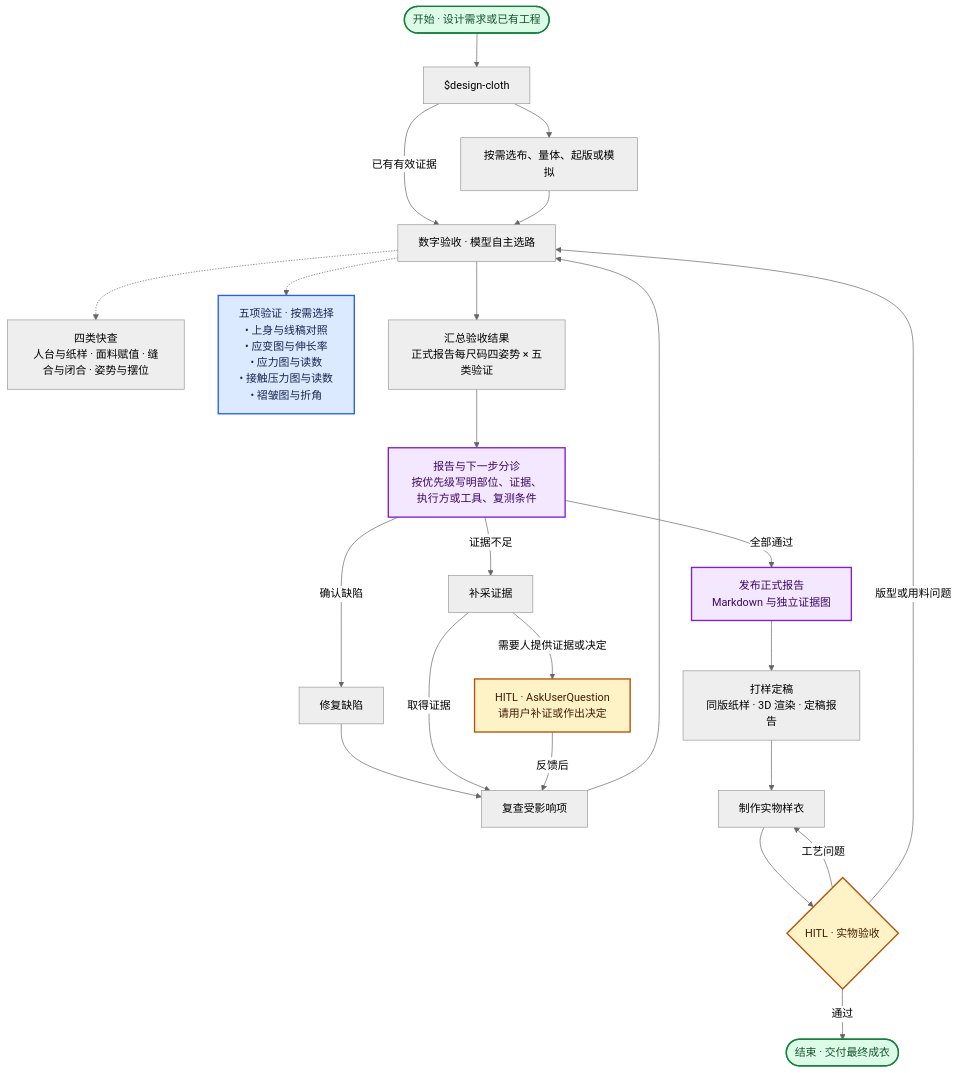
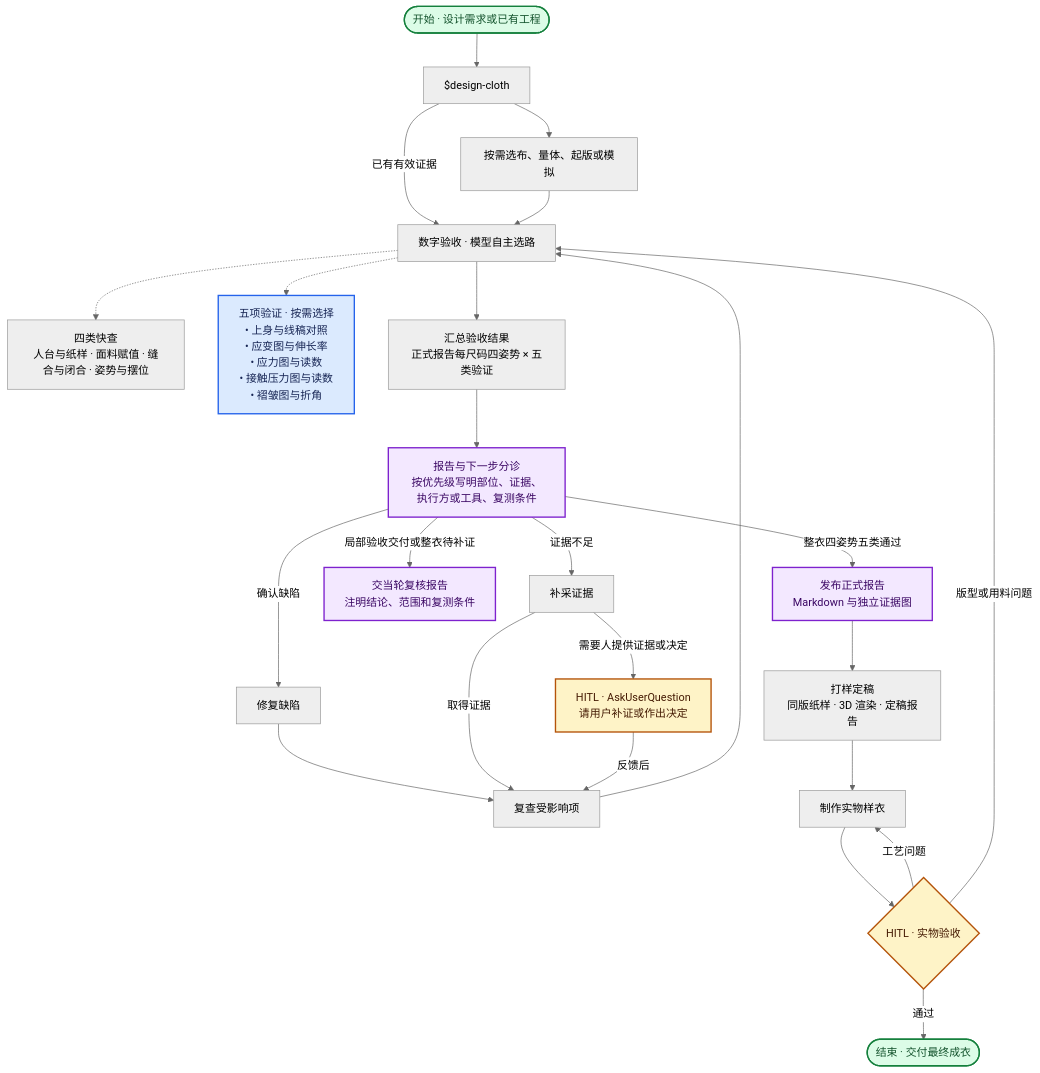
Before and after one commit to liush2yuxjtu/pattern-agent: the diagram in .agents/skills/design-cloth/SKILL.md, drawn with Mermaid (neutral theme). The commit also changed other lines of this file and 3 other files, not shown here.

Commit message:
Sync Design Cloth report checks and publish functional eval

````diff
--- a/.agents/skills/design-cloth/SKILL.md
+++ b/.agents/skills/design-cloth/SKILL.md
@@ -12,34 +12,35 @@
 ```mermaid
 flowchart TD
     Idea(["开始 · 设计需求或已有工程"]) --> Skill["$design-cloth"]
     Skill --> Prepare["按需选布、量体、起版或模拟"]
     Skill -->|已有有效证据| Review
     Prepare --> Review["数字验收 · 模型自主选路"]
     Review -.-> Quick["四类快查<br/>人台与纸样 · 面料赋值 · 缝合与闭合 · 姿势与摆位"]
     Review -.-> Methods["五项验证 · 按需选择<br/>• 上身与线稿对照<br/>• 应变图与伸长率<br/>• 应力图与读数<br/>• 接触压力图与读数<br/>• 褶皱图与折角"]
     Review --> Gate["汇总验收结果<br/>正式报告每尺码四姿势 × 五类验证"]
     Gate --> Report["报告与下一步分诊<br/>按优先级写明部位、证据、执行方或工具、复测条件"]
     Report -->|确认缺陷| Repair["修复缺陷"]
     Report -->|证据不足| Collect["补采证据"]
-    Report -->|全部通过| Publish["发布正式报告<br/>Markdown 与独立证据图"]
+    Report -->|局部验收交付或整衣待补证| Scoped["交当轮复核报告<br/>注明结论、范围和复测条件"]
+    Report -->|整衣四姿势五类通过| Publish["发布正式报告<br/>Markdown 与独立证据图"]
     Publish --> Deliver["打样定稿<br/>同版纸样 · 3D 渲染 · 定稿报告"]
     Repair --> Return["复查受影响项"]
     Collect -->|取得证据| Return
     Collect -->|需要人提供证据或决定| Human["HITL · AskUserQuestion<br/>请用户补证或作出决定"]
     Human -->|反馈后| Return
     Return --> Review
     Deliver --> Sample["制作实物样衣"]
     Sample --> Fit{"HITL · 实物验收"}
     Fit -->|工艺问题| Sample
     Fit -->|版型或用料问题| Review
     Fit -->|通过| Done(["结束 · 交付最终成衣"])
 
     classDef terminal fill:#dcfce7,stroke:#15803d,color:#14532d,stroke-width:2px;
     classDef hitl fill:#fef3c7,stroke:#b45309,color:#451a03,stroke-width:2px;
     classDef verification fill:#dbeafe,stroke:#2563eb,color:#172554,stroke-width:2px;
     classDef reportNode fill:#f3e8ff,stroke:#7e22ce,color:#3b0764,stroke-width:2px;
     class Idea,Done terminal;
     class Human,Fit hitl;
     class Methods verification;
-    class Report,Publish reportNode;
+    class Report,Scoped,Publish reportNode;
 ```
````
